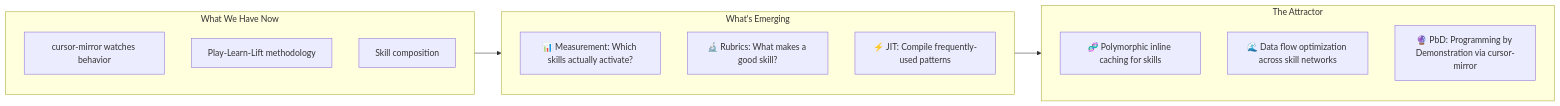
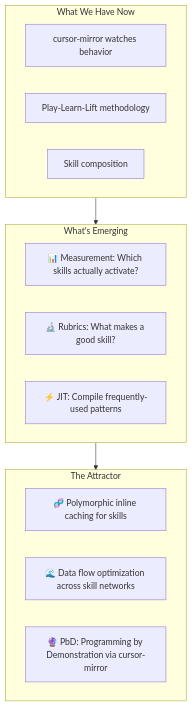
One commit to SimHacker/moollm changed the third of 8 diagrams in designs/SPEED-OF-LIGHT-VS-CARRIER-PIGEON.md. Above: the diagram before and after it, drawn with Mermaid. The commit also changed 1 other file, not shown here.

Commit message:
SPEED-OF-LIGHT-VS-CARRIER-PIGEON: make Optimization Horizon mermaid vertical (TB); micropolis artifacts

````diff
--- a/designs/SPEED-OF-LIGHT-VS-CARRIER-PIGEON.md
+++ b/designs/SPEED-OF-LIGHT-VS-CARRIER-PIGEON.md
@@ -383,22 +383,22 @@
 ```mermaid
-flowchart LR
+flowchart TB
     subgraph Now["What We Have Now"]
         A["cursor-mirror watches behavior"]
         B["Play-Learn-Lift methodology"]
         C["Skill composition"]
     end
     
     subgraph Soon["What's Emerging"]
         D["📊 Measurement: Which skills actually activate?"]
         E["🔬 Rubrics: What makes a good skill?"]
         F["⚡ JIT: Compile frequently-used patterns"]
     end
     
     subgraph Deep["The Attractor"]
         G["🧬 Polymorphic inline caching for skills"]
         H["🌊 Data flow optimization across skill networks"]
         I["🔮 PbD: Programming by Demonstration via cursor-mirror"]
     end
     
     Now --> Soon --> Deep
 ```
````
